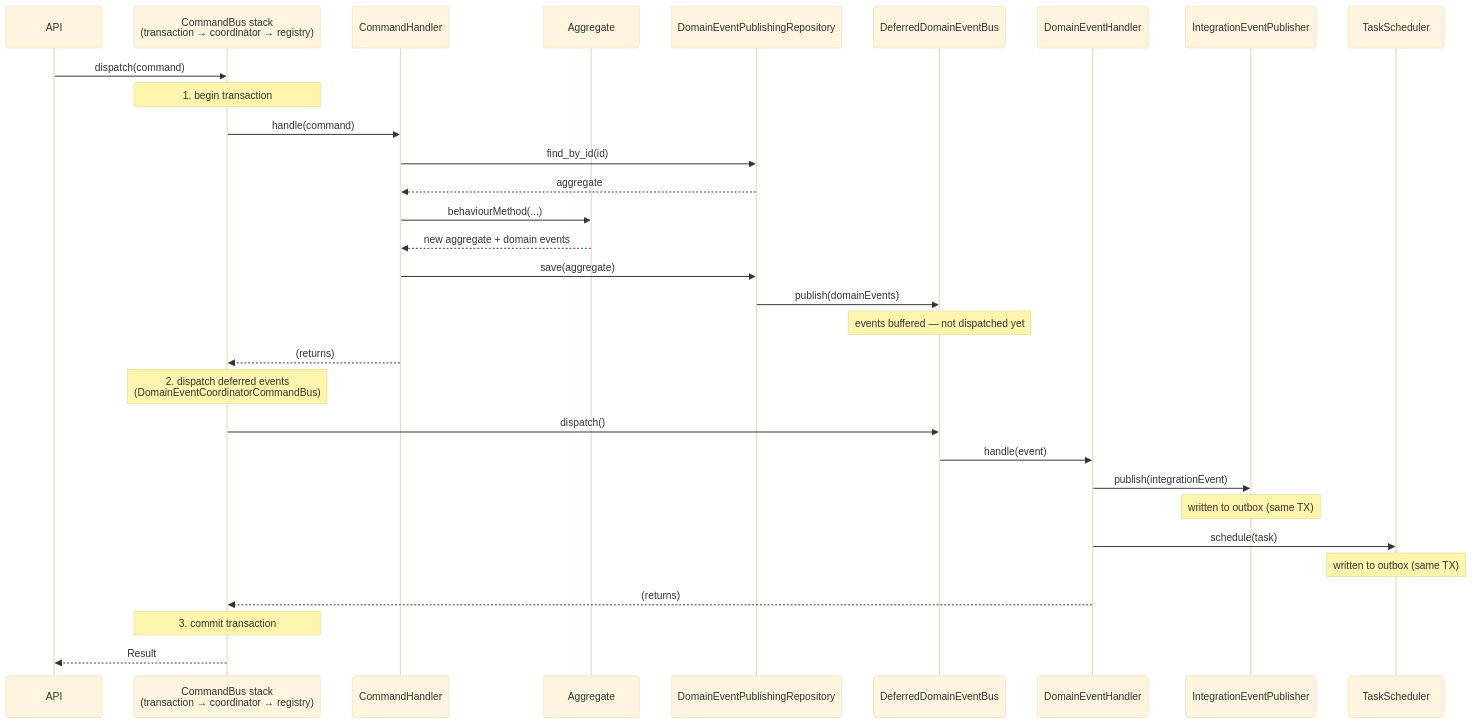
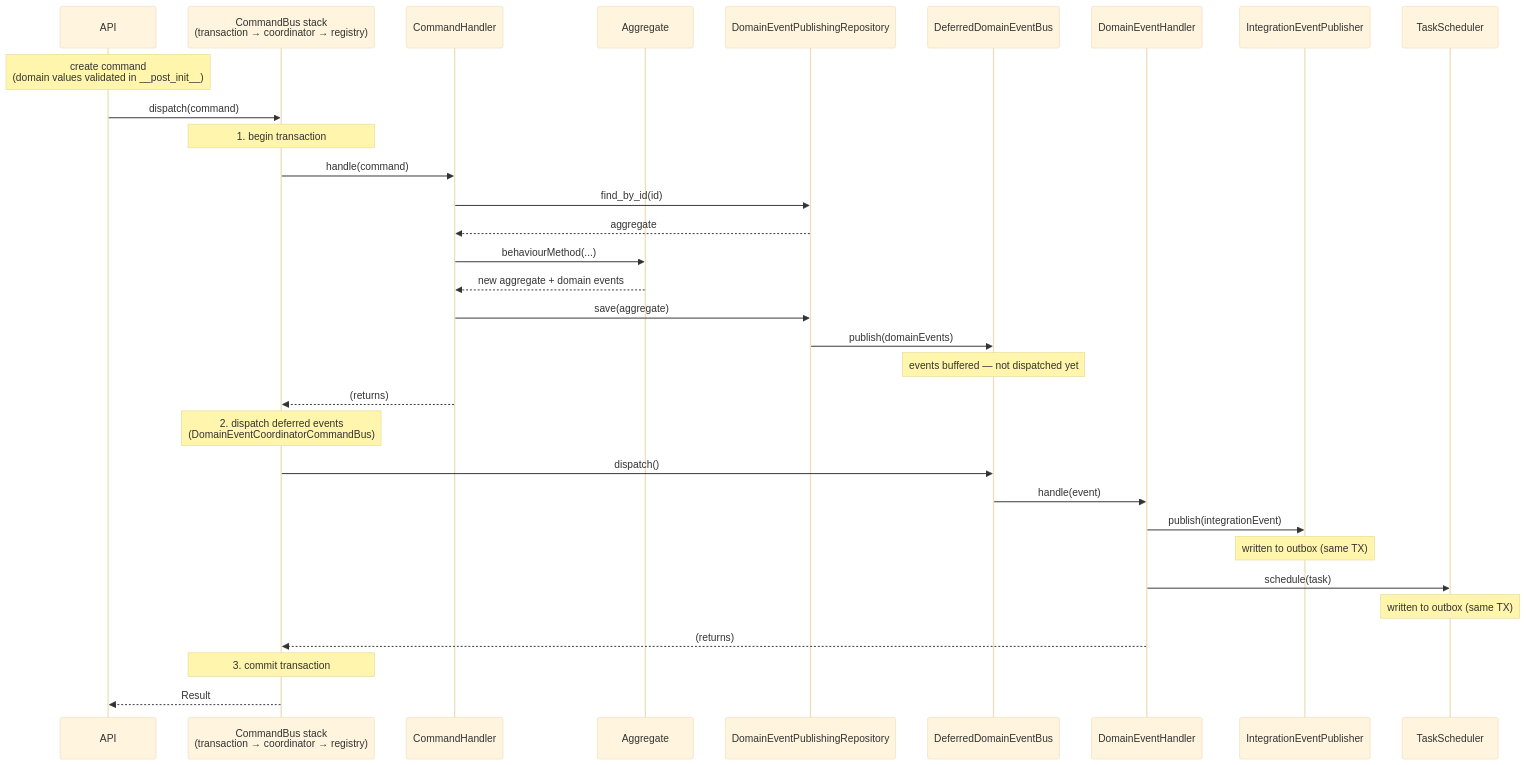
Before and after one commit to aseguragonzalez/python-seedwork: the first of 2 diagrams in docs/best-practices.md, drawn with Mermaid (base theme). The commit also changed other lines of this file, not shown here.

Commit message:
docs: fix sequence diagrams — validation precedes dispatch at API layer
Command and Query domain-value validation happens in __post_init__ when
the object is constructed by the API, before dispatch()/ask() is called.
Moved the validation note from the bus to the API participant in both
the write and read operation diagrams.

````diff
--- a/docs/best-practices.md
+++ b/docs/best-practices.md
@@ -356,34 +356,35 @@
 ```mermaid
 sequenceDiagram
     participant API
     participant Bus as CommandBus stack<br/>(transaction → coordinator → registry)
     participant Handler as CommandHandler
     participant Agg as Aggregate
     participant PubRepo as DomainEventPublishingRepository
     participant DeferredBus as DeferredDomainEventBus
     participant EH as DomainEventHandler
     participant IEP as IntegrationEventPublisher
     participant TS as TaskScheduler
 
+    Note over API: create command<br/>(domain values validated in __post_init__)
     API->>Bus: dispatch(command)
     Note over Bus: 1. begin transaction
     Bus->>Handler: handle(command)
     Handler->>PubRepo: find_by_id(id)
     PubRepo-->>Handler: aggregate
     Handler->>Agg: behaviourMethod(...)
     Agg-->>Handler: new aggregate + domain events
     Handler->>PubRepo: save(aggregate)
     PubRepo->>DeferredBus: publish(domainEvents)
     Note over DeferredBus: events buffered — not dispatched yet
     Handler-->>Bus: (returns)
     Note over Bus: 2. dispatch deferred events<br/>(DomainEventCoordinatorCommandBus)
     Bus->>DeferredBus: dispatch()
     DeferredBus->>EH: handle(event)
     EH->>IEP: publish(integrationEvent)
     Note over IEP: written to outbox (same TX)
     EH->>TS: schedule(task)
     Note over TS: written to outbox (same TX)
     EH-->>Bus: (returns)
     Note over Bus: 3. commit transaction
     Bus-->>API: Result
 ```
````
